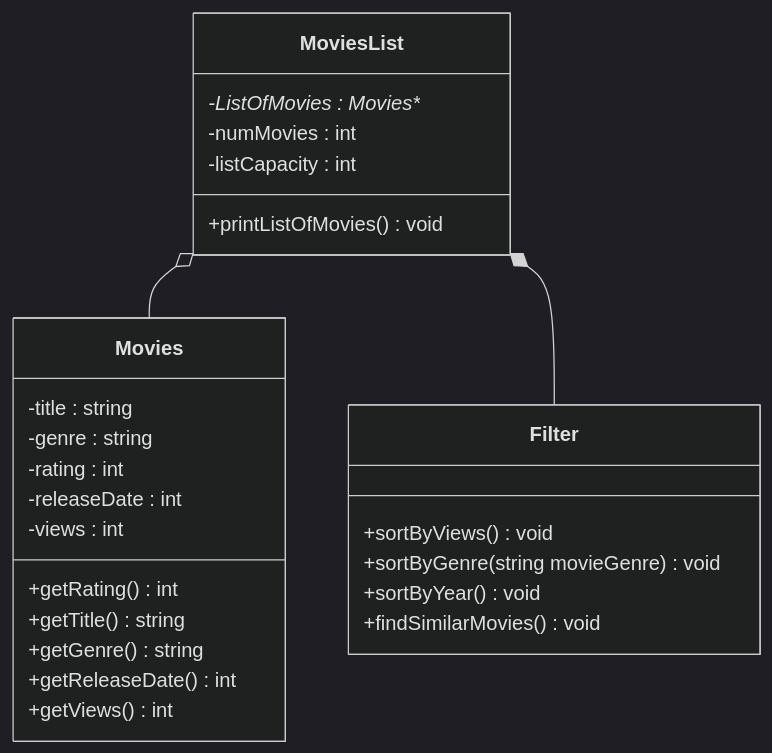
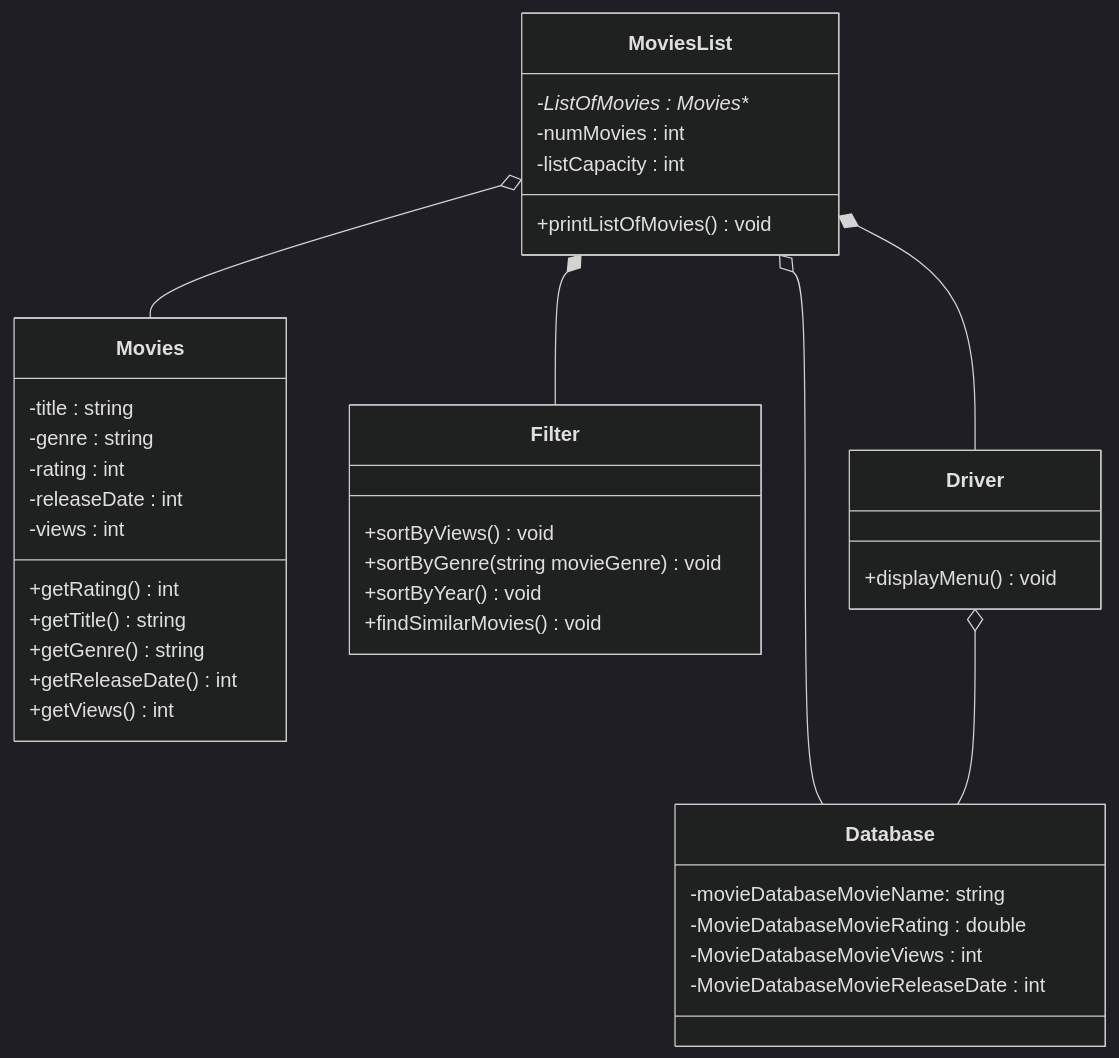
The diagram in README.md (ssant096/Movie-Recommeder), drawn with Mermaid (dark theme) before and after one commit.

Commit message:
added "Driver" and "Database" class diagrams

````diff
--- a/README.md
+++ b/README.md
@@ -19,30 +19,43 @@
 ```mermaid
  classDiagram
  MoviesList o-- Movies
  MoviesList *-- Filter
+ MoviesList *-- Driver
+ MoviesList o-- Database
+ Driver o-- Database
+ 
+ class Driver{
+   +displayMenu() void
+ }
+ class Database{
+   -movieDatabaseMovieName: string
+   -MovieDatabaseMovieRating : double
+   -MovieDatabaseMovieViews : int
+   -MovieDatabaseMovieReleaseDate : int
+ }
  class Movies{
    -title : string
    -genre : string
    -rating : int
    -releaseDate : int
    -views : int
    +getRating() int
    +getTitle() string
    +getGenre() string
    +getReleaseDate() int
    +getViews() int
  }
  class MoviesList{
    -ListOfMovies : Movies**
    -numMovies : int
    -listCapacity : int
    +printListOfMovies() void
  }
  class Filter{
    +sortByViews() void
    +sortByGenre(string movieGenre) void
    +sortByYear() void
    +findSimilarMovies() void
  }
  
  ```
````
